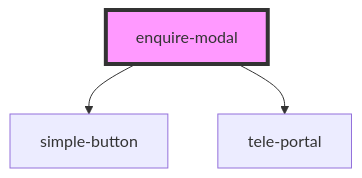
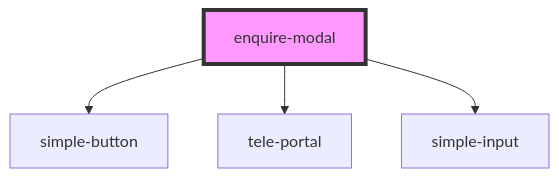
Before and after one commit to the-design-release/leibal-components: the diagram in src/components/enquire-modal/readme.md, drawn with Mermaid. The commit also changed other lines of this file and 8 other files, not shown here.

````diff
--- a/src/components/enquire-modal/readme.md
+++ b/src/components/enquire-modal/readme.md
@@ -24,6 +25,7 @@
 ```mermaid
 graph TD;
   enquire-modal --> simple-button
   enquire-modal --> tele-portal
+  enquire-modal --> simple-input
   style enquire-modal fill:#f9f,stroke:#333,stroke-width:4px
 ```
````
